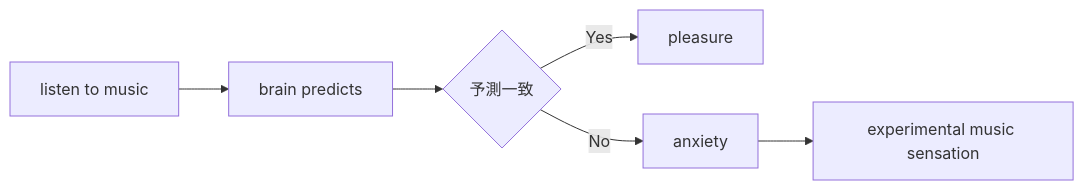
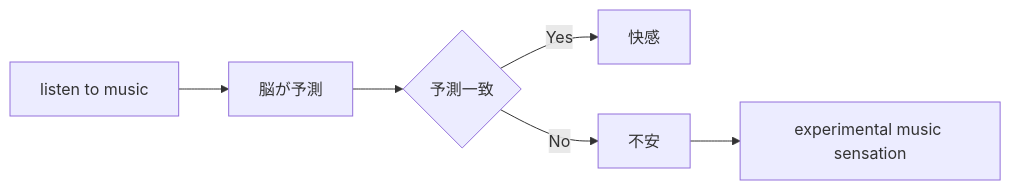
Before and after one commit to monumental-movement/monumental-movement.github.io: the third of 5 diagrams in en/_posts/2026-03-13-column-why-experimental-music-scares-people.md, drawn with Mermaid. The commit also changed other lines of this file and 2196 other files, not shown here.

```diff
--- a/en/_posts/2026-03-13-column-why-experimental-music-scares-people.md
+++ b/en/_posts/2026-03-13-column-why-experimental-music-scares-people.md
@@ -164,8 +164,8 @@
 <div class="mermaid">
 graph LR
-A[listen to music] --> B[brain predicts]
+A[listen to music] --> B[脳が予測]
 B --> C{予測一致}
-C -->|Yes| D[pleasure]
-C -->|No| E[anxiety]
+C -->|Yes| D[快感]
+C -->|No| E[不安]
 E --> F[experimental music sensation]
 </div>
```
